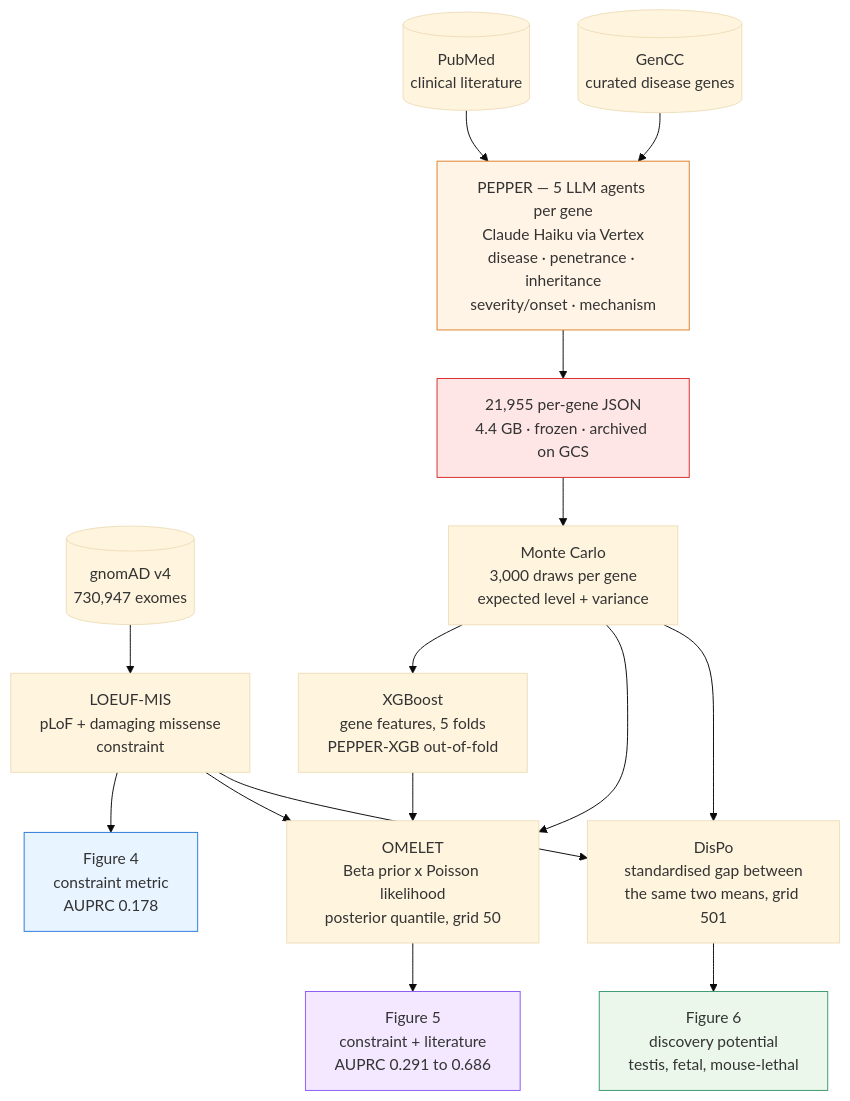
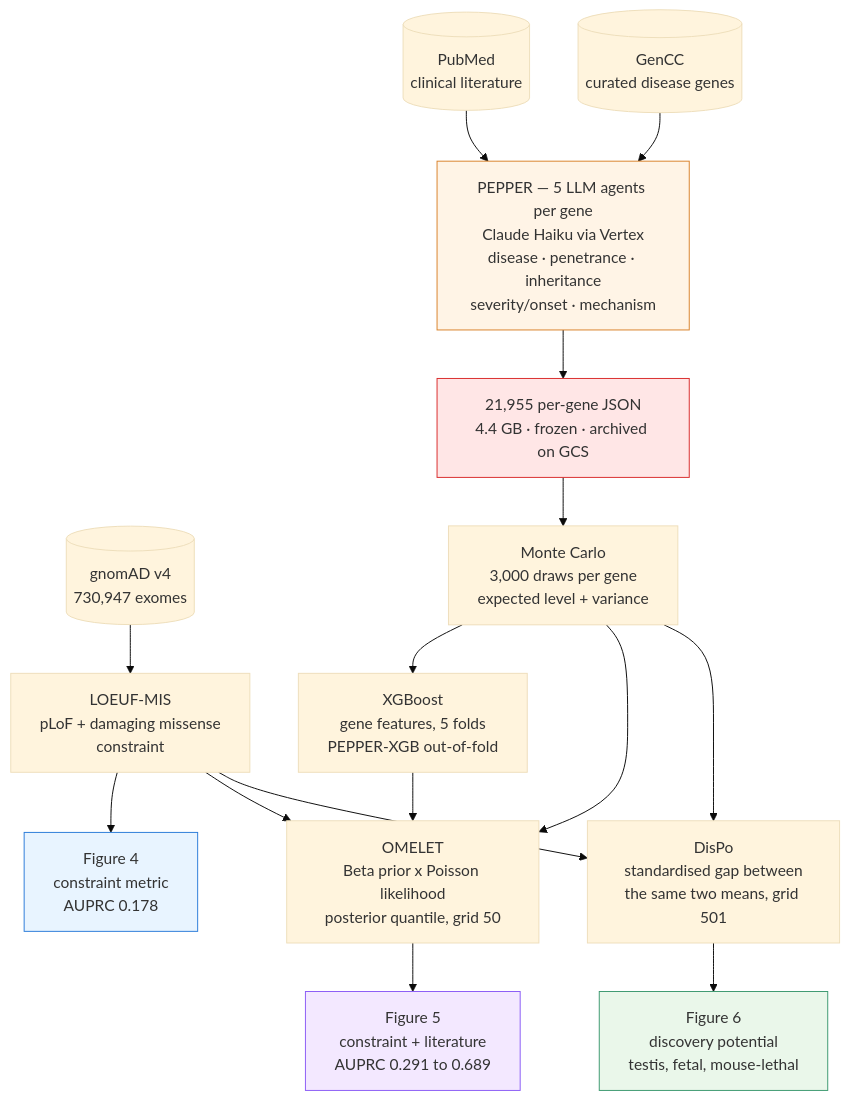
Before and after one commit to atgu/gnomAD_v4_flagship_paper: the diagram in README.md, drawn with Mermaid (base theme). The commit also changed other lines of this file and 38 other files, not shown here.

````diff
--- a/README.md
+++ b/README.md
@@ -171,32 +179,32 @@
 ```mermaid
 flowchart TD
     GN[("gnomAD v4<br/>730,947 exomes")]
     LIT[("PubMed<br/>clinical literature")]
     GC[("GenCC<br/>curated disease genes")]
 
     GN --> LM["LOEUF-MIS<br/>pLoF + damaging missense<br/>constraint"]
     LM --> F4["Figure 4<br/>constraint metric<br/>AUPRC 0.178"]
 
     LIT --> AG["PEPPER — 5 LLM agents per gene<br/>Claude Haiku via Vertex<br/>disease · penetrance · inheritance<br/>severity/onset · mechanism"]
     GC --> AG
     AG --> JS["21,955 per-gene JSON<br/>4.4 GB · frozen · archived on GCS"]
 
     JS --> MC["Monte Carlo<br/>3,000 draws per gene<br/>expected level + variance"]
 
     MC --> XG["XGBoost<br/>gene features, 5 folds<br/>PEPPER-XGB out-of-fold"]
 
     MC --> OM["OMELET<br/>Beta prior x Poisson likelihood<br/>posterior quantile, grid 50"]
     XG --> OM
     LM --> OM
-    OM --> F5["Figure 5<br/>constraint + literature<br/>AUPRC 0.291 to 0.686"]
+    OM --> F5["Figure 5<br/>constraint + literature<br/>AUPRC 0.291 to 0.689"]
 
     MC --> DP["DisPo<br/>standardised gap between<br/>the same two means, grid 501"]
     LM --> DP
     DP --> F6["Figure 6<br/>discovery potential<br/>testis, fetal, mouse-lethal"]
 
     style AG fill:#fff4e6,stroke:#d9822b
     style JS fill:#ffe6e6,stroke:#d92b2b
     style F4 fill:#e8f4ff,stroke:#2b7cd9
     style F5 fill:#f3e8ff,stroke:#8b5cf6
     style F6 fill:#eaf7ea,stroke:#3d9970
 ```
````
